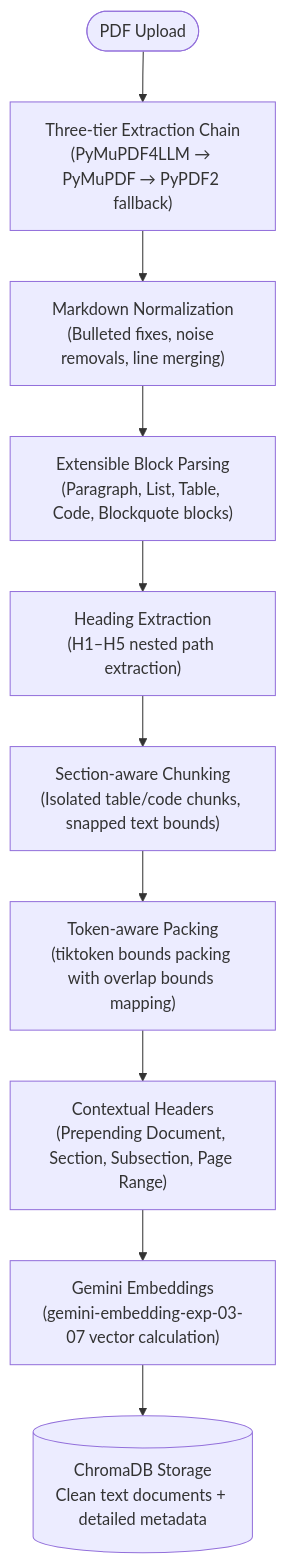
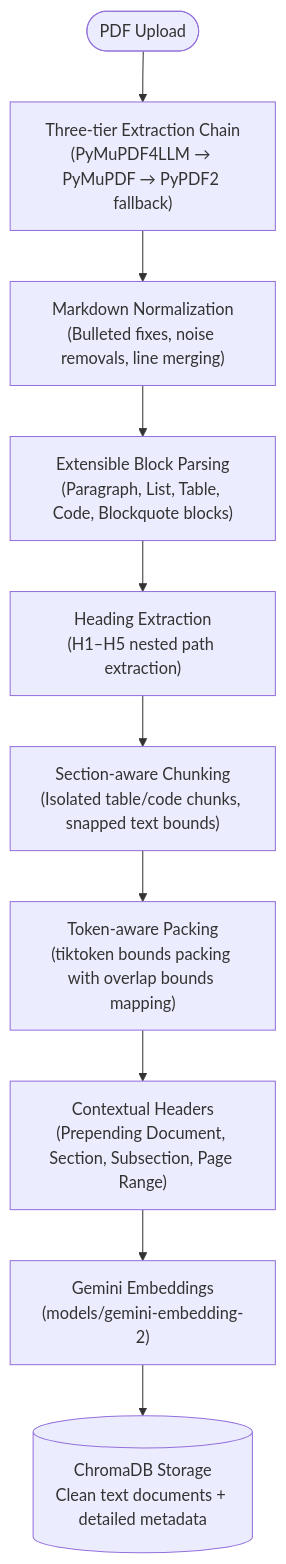
The second of 2 diagrams in README.md (SmartDocQ/SmartDocQ), drawn with Mermaid before and after one commit. The commit also changed other lines of this file and 13 other files, not shown here.

````diff
--- a/README.md
+++ b/README.md
@@ -181,13 +181,13 @@
 ```mermaid
 flowchart TD
     A([PDF Upload])
     --> B["Three-tier Extraction Chain\n(PyMuPDF4LLM → PyMuPDF → PyPDF2 fallback)"]
     --> C["Markdown Normalization\n(Bulleted fixes, noise removals, line merging)"]
     --> D["Extensible Block Parsing\n(Paragraph, List, Table, Code, Blockquote blocks)"]
     --> E["Heading Extraction\n(H1–H5 nested path extraction)"]
     --> F["Section-aware Chunking\n(Isolated table/code chunks, snapped text bounds)"]
     --> G["Token-aware Packing\n(tiktoken bounds packing with overlap bounds mapping)"]
     --> H["Contextual Headers\n(Prepending Document, Section, Subsection, Page Range)"]
-    --> I["Gemini Embeddings\n(gemini-embedding-exp-03-07 vector calculation)"]
+    --> I["Gemini Embeddings\n(models/gemini-embedding-2)"]
     --> J[("ChromaDB Storage\nClean text documents + detailed metadata")]
 ```
````
